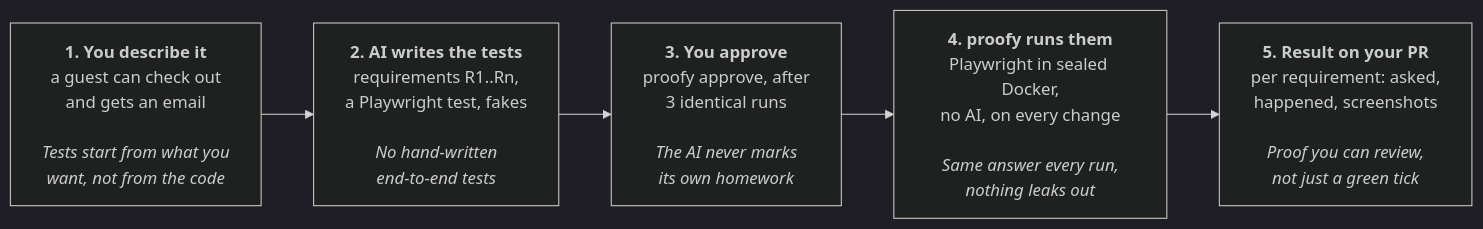
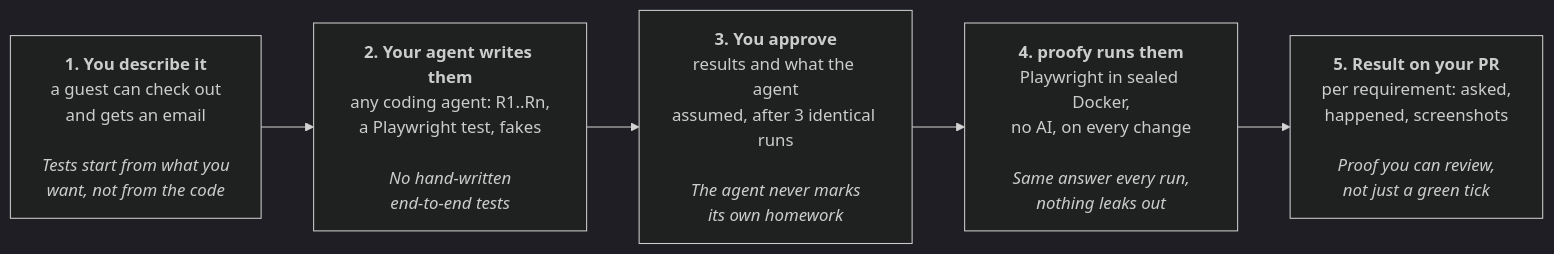
One commit to davidrydberg/proofy changed the diagram in docs/overview/flow.mmd. Above: the diagram before and after it, drawn with Mermaid (dark theme). The commit also changed 5 other files, not shown here.

```diff
--- a/docs/overview/flow.mmd
+++ b/docs/overview/flow.mmd
@@ -1,8 +1,8 @@
 flowchart LR
   describe["<b>1. You describe it</b><br/>a guest can check out<br/>and gets an email<br/><br/><i>Tests start from what you<br/>want, not from the code</i>"]
-  write["<b>2. AI writes the tests</b><br/>requirements R1..Rn,<br/>a Playwright test, fakes<br/><br/><i>No hand-written<br/>end-to-end tests</i>"]
-  approve["<b>3. You approve</b><br/>proofy approve, after<br/>3 identical runs<br/><br/><i>The AI never marks<br/>its own homework</i>"]
+  write["<b>2. Your agent writes them</b><br/>any coding agent: R1..Rn,<br/>a Playwright test, fakes<br/><br/><i>No hand-written<br/>end-to-end tests</i>"]
+  approve["<b>3. You approve</b><br/>results and what the agent<br/>assumed, after 3 identical runs<br/><br/><i>The agent never marks<br/>its own homework</i>"]
   run["<b>4. proofy runs them</b><br/>Playwright in sealed Docker,<br/>no AI, on every change<br/><br/><i>Same answer every run,<br/>nothing leaks out</i>"]
   report["<b>5. Result on your PR</b><br/>per requirement: asked,<br/>happened, screenshots<br/><br/><i>Proof you can review,<br/>not just a green tick</i>"]
 
   describe --> write --> approve --> run --> report
```
